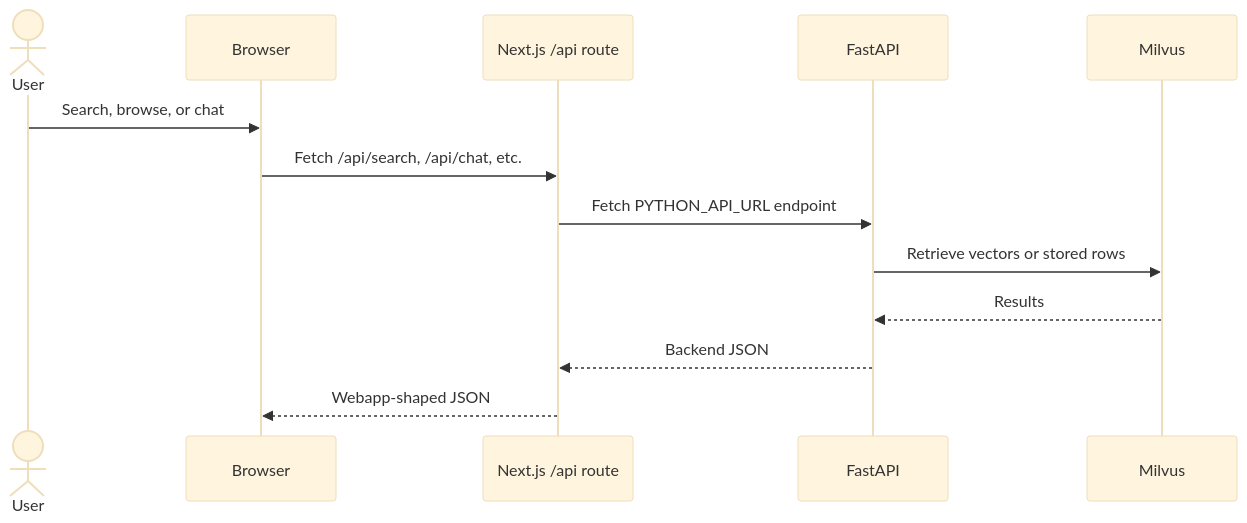
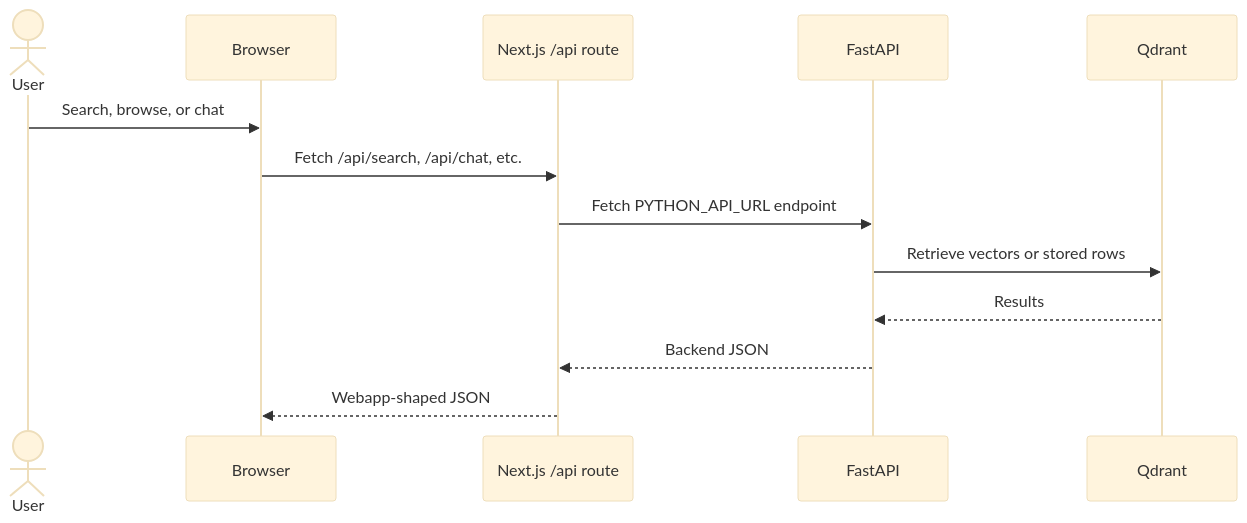
The third of 3 diagrams in docs/04-ARCHITECTURE.md (manishfromlko/Prism), drawn with Mermaid (base theme) before and after one commit. The commit also changed other lines of this file and 66 other files, not shown here.

Commit message:
Migrating from Milvus to Qdrant backend db

````diff
--- a/docs/04-ARCHITECTURE.md
+++ b/docs/04-ARCHITECTURE.md
@@ -85,16 +85,16 @@
 ```mermaid
 sequenceDiagram
     actor User
     participant Browser
     participant Next as Next.js /api route
     participant API as FastAPI
-    participant Milvus
+    participant Qdrant
 
     User->>Browser: Search, browse, or chat
     Browser->>Next: Fetch /api/search, /api/chat, etc.
     Next->>API: Fetch PYTHON_API_URL endpoint
-    API->>Milvus: Retrieve vectors or stored rows
-    Milvus-->>API: Results
+    API->>Qdrant: Retrieve vectors or stored rows
+    Qdrant-->>API: Results
     API-->>Next: Backend JSON
     Next-->>Browser: Webapp-shaped JSON
 ```
````
